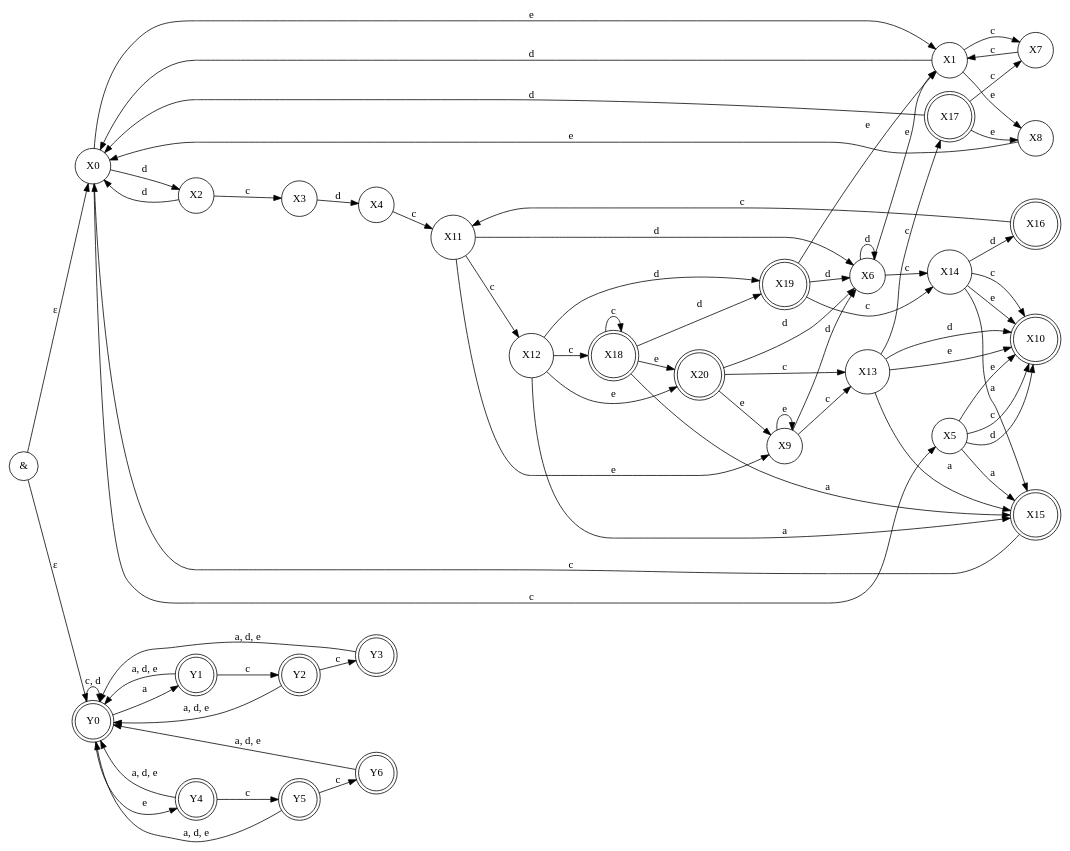
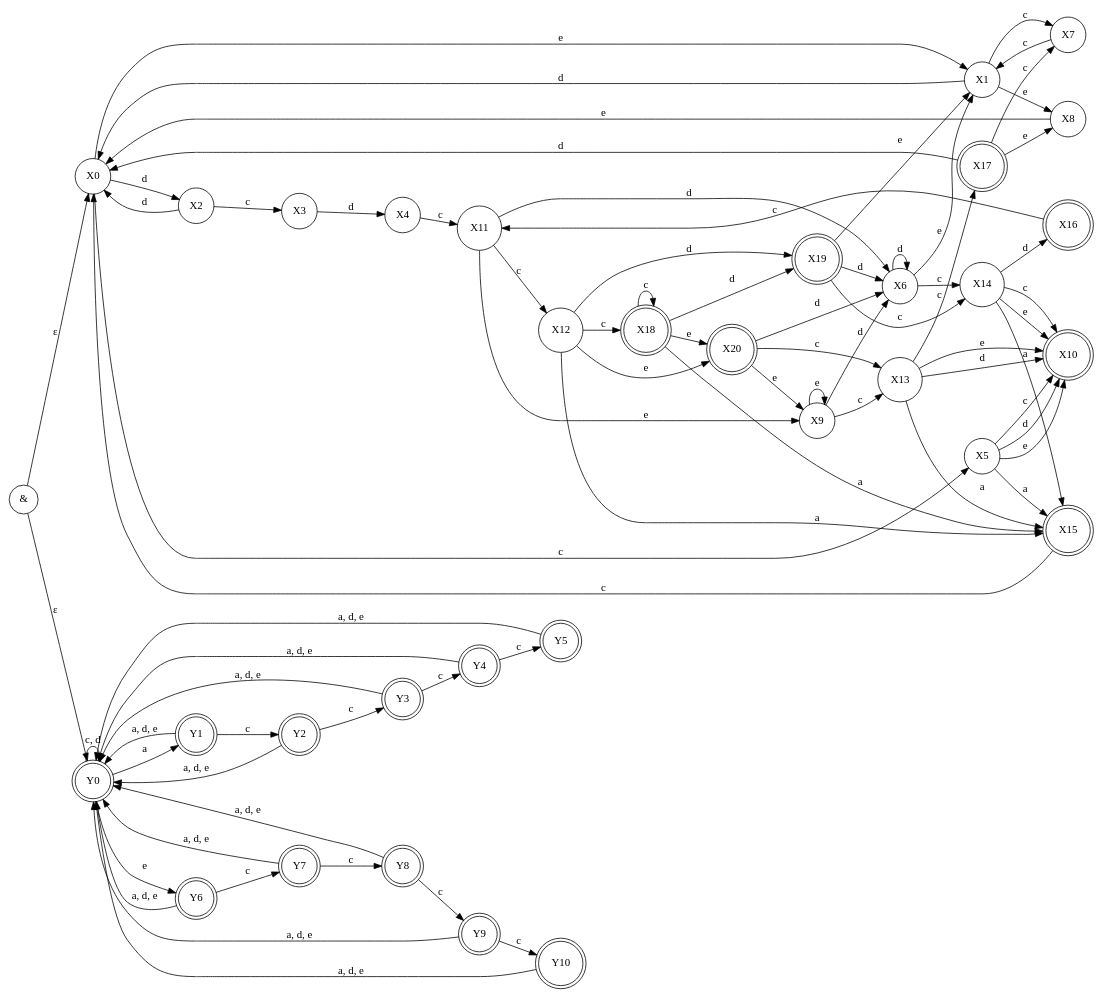
Before and after one commit to gordejka179/TFL2: the diagram in lab2/img/pka.dot, drawn with Graphviz. The commit also changed 3 other files, not shown here.

```diff
--- a/lab2/img/pka.dot
+++ b/lab2/img/pka.dot
@@ -1,131 +1,146 @@
 digraph {
 	rankdir = LR
 	node [shape=circle]
 	dummy [label = "&"]
 	0 [label="X0"]
 	dummy -> 0 [label="ε"]
 	1 [label="X1"]
 	2 [label="X2"]
 	3 [label="X3"]
 	4 [label="X4"]
 	5 [label="X5"]
 	6 [label="X6"]
 	7 [label="X7"]
 	8 [label="X8"]
 	9 [label="X9"]
 	10 [label="X10", shape=doublecircle]
 	11 [label="X11"]
 	12 [label="X12"]
 	13 [label="X13"]
 	14 [label="X14"]
 	15 [label="X15", shape=doublecircle]
 	16 [label="X16", shape=doublecircle]
 	17 [label="X17", shape=doublecircle]
 	18 [label="X18", shape=doublecircle]
 	19 [label="X19", shape=doublecircle]
 	20 [label="X20", shape=doublecircle]
 	
 	0 -> 5 [label="c"]
 	0 -> 2 [label="d"]
 	0 -> 1 [label="e"]
 
 	1 -> 7 [label="c"]
 	1 -> 0 [label="d"]
 	1 -> 8 [label="e"]
 
 	2 -> 3 [label="c"]
 	2 -> 0 [label="d"]
 
 	3 -> 4 [label="d"]
 
 	4 -> 11 [label="c"]
 
 	5 -> 15 [label="a"]
 	5 -> 10 [label="c"]
 	5 -> 10 [label="d"]
 	5 -> 10 [label="e"]
 
 	6 -> 14 [label="c"]
 	6 -> 6 [label="d"]
 	6 -> 1 [label="e"]
 
 	7 -> 1 [label="c"]
 
 	8 -> 0 [label="e"]
 
 	9 -> 13 [label="c"]
 	9 -> 6 [label="d"]
 	9 -> 9 [label="e"]
 
 	11 -> 12 [label="c"]
 	11 -> 6 [label="d"]
 	11 -> 9 [label="e"]
 
 	12 -> 15 [label="a"]
 	12 -> 18 [label="c"]
 	12 -> 19 [label="d"]
 	12 -> 20 [label="e"]
 
 	13 -> 15 [label="a"]
 	13 -> 17 [label="c"]
 	13 -> 10 [label="d"]
 	13 -> 10 [label="e"]
 
 	14 -> 15 [label="a"]
 	14 -> 10 [label="c"]
 	14 -> 16 [label="d"]
 	14 -> 10 [label="e"]
 
 	15 -> 0 [label="c"]
 
 	16 -> 11 [label="c"]
 
 	17 -> 7 [label="c"]
 	17 -> 0 [label="d"]
 	17 -> 8 [label="e"]
 
 	18 -> 15 [label="a"]
 	18 -> 18 [label="c"]
 	18 -> 19 [label="d"]
 	18 -> 20 [label="e"]
 
 	19 -> 14 [label="c"]
 	19 -> 6 [label="d"]
 	19 -> 1 [label="e"]
 	
 	20 -> 13 [label="c"]
 	20 -> 6 [label="d"]
 	20 -> 9 [label="e"]
 
     21 [label="Y0", shape=doublecircle]
     22 [label="Y1", shape=doublecircle]
 	23 [label="Y2", shape=doublecircle]
 	24 [label="Y3", shape=doublecircle]
 
 	25 [label="Y4", shape=doublecircle]
 	26 [label="Y5", shape=doublecircle]
     27 [label="Y6", shape=doublecircle]
+    28 [label="Y7", shape=doublecircle]
+    29 [label="Y8", shape=doublecircle]
+    30 [label="Y9", shape=doublecircle]
+    31 [label="Y10", shape=doublecircle]
 
     dummy -> 21 [label="ε"]
 
     21 -> 21 [label="c, d"]
     21 -> 22 [label="a"]
-	21 -> 25 [label="e"]
+	21 -> 27 [label="e"]
 
     22 -> 23 [label="c"]
     22 -> 21 [label="a, d, e"]
 
     23 -> 24 [label="c"]
     23 -> 21 [label="a, d, e"]
 
+    24 -> 25 [label="c"]
     24 -> 21 [label="a, d, e"]
 
     25 -> 21 [label="a, d, e"]
     25 -> 26 [label="c"]
 
-    26 -> 27 [label="c"]
     26 -> 21 [label="a, d, e"]
 
     27 -> 21 [label="a, d, e"]
-    
+    27 -> 28 [label="c"]
+
+    28 -> 21 [label="a, d, e"]
+    28 -> 29 [label="c"]
+
+    29 -> 21 [label="a, d, e"]
+    29 -> 30 [label="c"]
+
+    30 -> 21 [label="a, d, e"]
+    30 -> 31 [label="c"]
+
+    31 -> 21 [label="a, d, e"]    
 }
```
